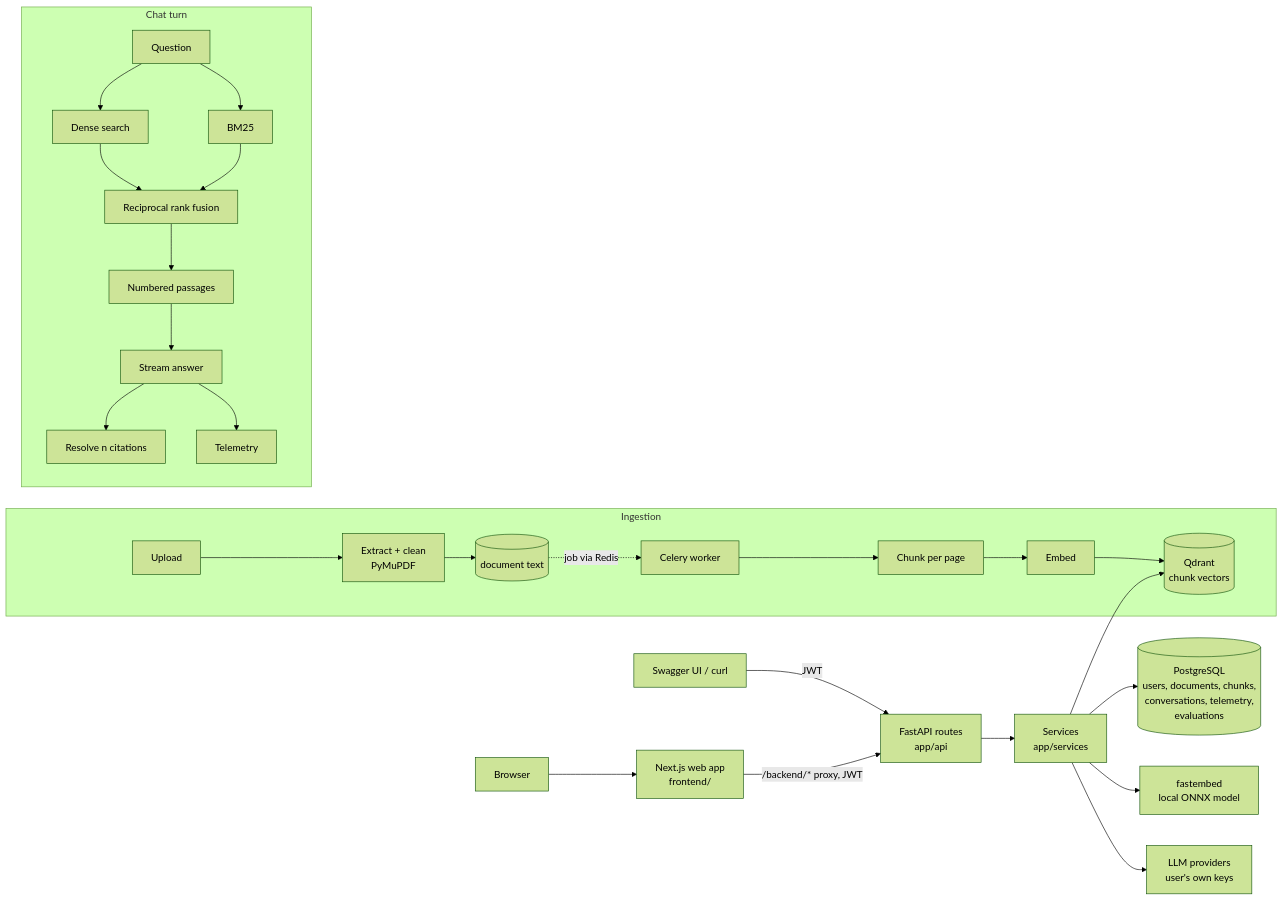
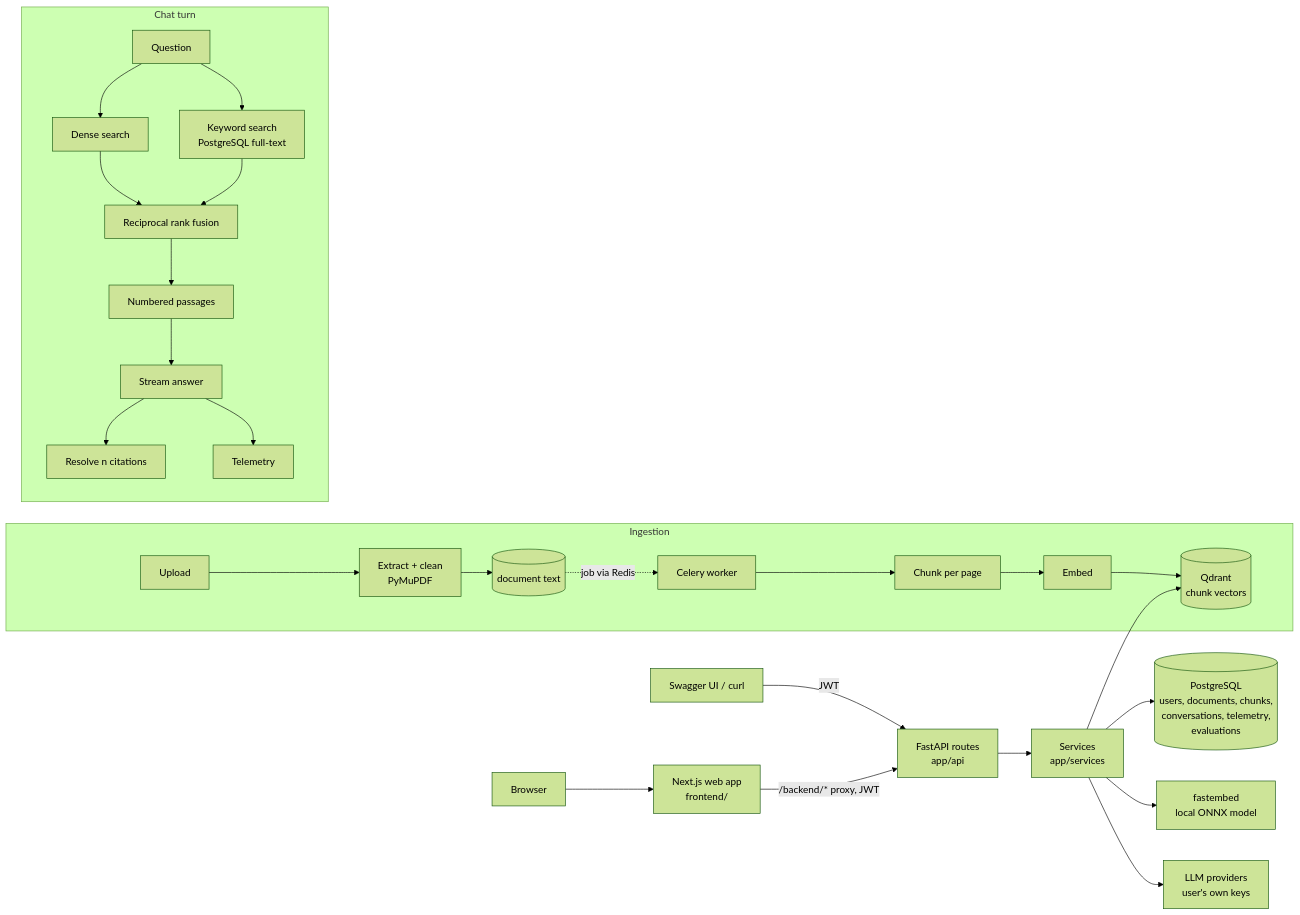
One commit to shan3520/ragleitus changed the diagram in README.md. Above: the diagram before and after it, drawn with Mermaid (forest theme). The commit also changed other lines of this file and 8 other files, not shown here.

First line of the commit message:
feat: keyword search in PostgreSQL full-text index

````diff
--- a/README.md
+++ b/README.md
@@ -120,22 +120,22 @@
 ```mermaid
 flowchart LR
     browser[Browser] --> web[Next.js web app<br/>frontend/]
     web -->|/backend/* proxy, JWT| api[FastAPI routes<br/>app/api]
     swagger[Swagger UI / curl] -->|JWT| api
     api --> services[Services<br/>app/services]
     services --> pg[(PostgreSQL<br/>users, documents, chunks,<br/>conversations, telemetry,<br/>evaluations)]
     services --> qdrant[(Qdrant<br/>chunk vectors)]
     services --> embed[fastembed<br/>local ONNX model]
     services --> llm[LLM providers<br/>user's own keys]
 
     subgraph Ingestion
       up[Upload] --> extract[Extract + clean<br/>PyMuPDF] --> store[(document text)]
       store -. job via Redis .-> worker[Celery worker] --> chunk[Chunk per page] --> vec[Embed] --> qdrant
     end
 
     subgraph Chat turn
-      q[Question] --> dense[Dense search] & bm25[BM25]
-      dense & bm25 --> rrf[Reciprocal rank fusion] --> prompt[Numbered passages] --> gen[Stream answer] --> cite[Resolve n citations]
+      q[Question] --> dense[Dense search] & keyword[Keyword search<br/>PostgreSQL full-text]
+      dense & keyword --> rrf[Reciprocal rank fusion] --> prompt[Numbered passages] --> gen[Stream answer] --> cite[Resolve n citations]
       gen --> tel[Telemetry]
     end
 ```
````
